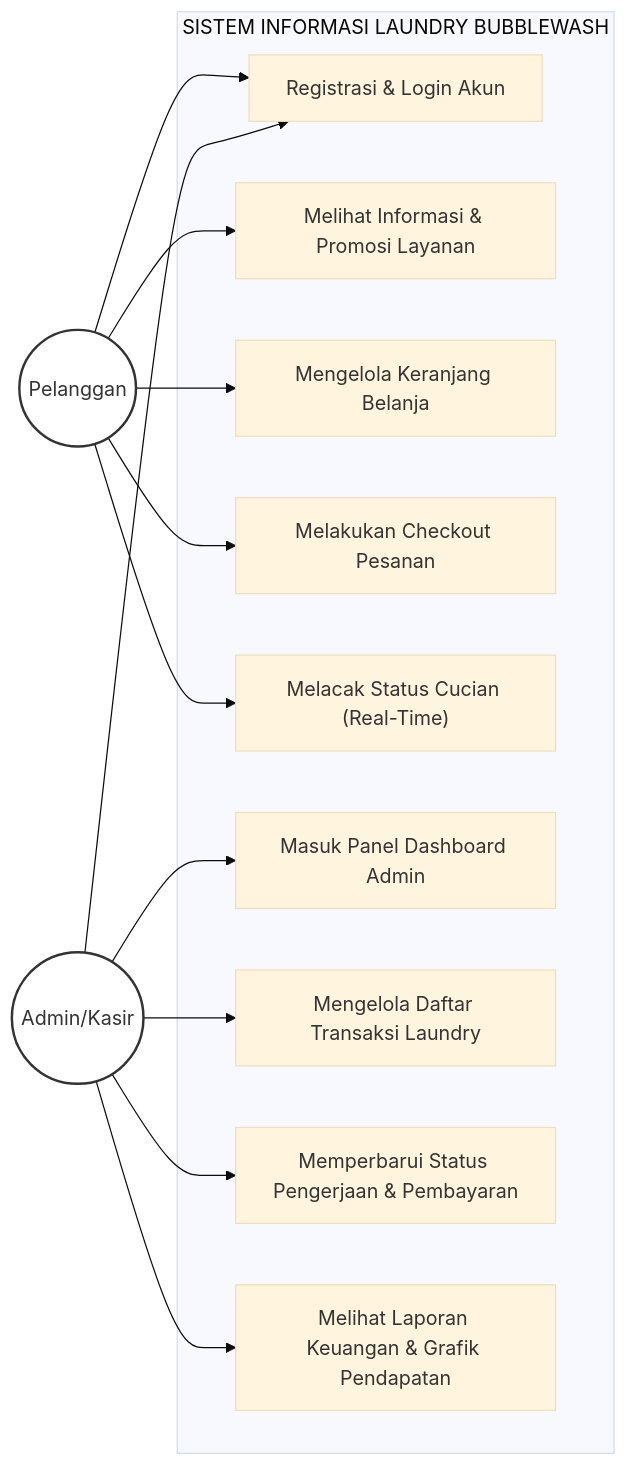
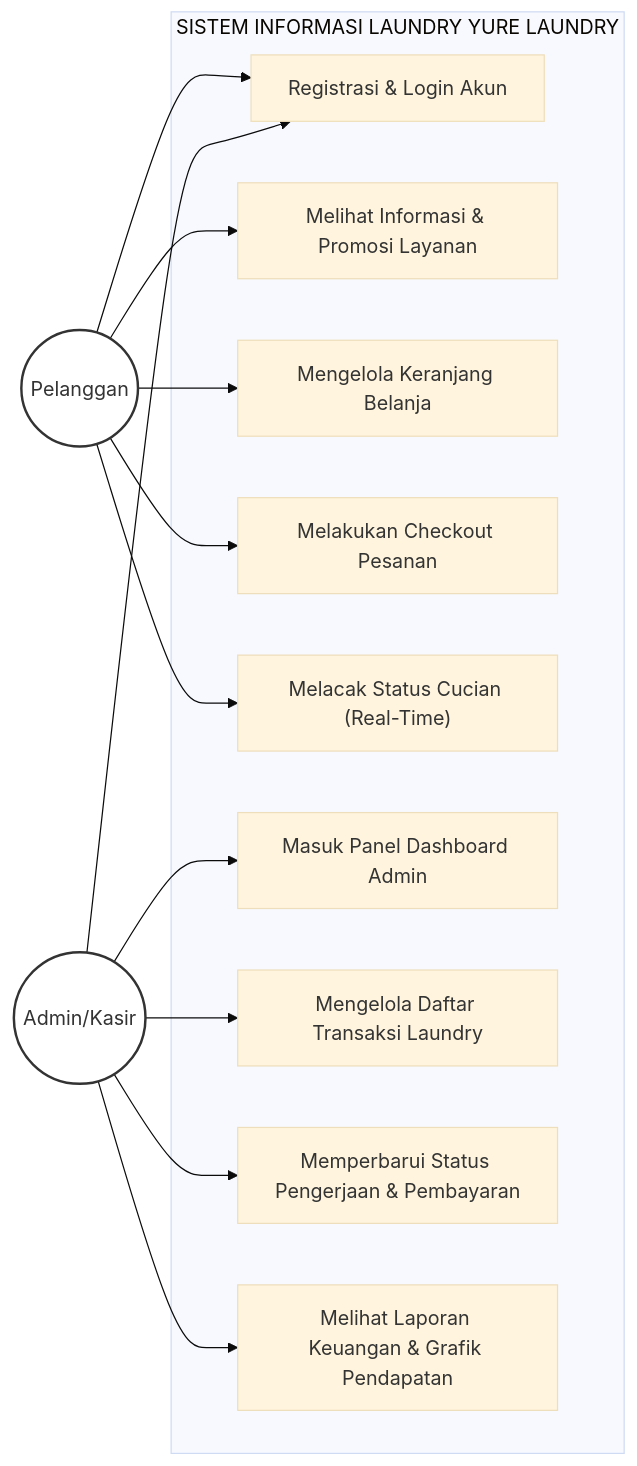
One commit to saktiagpe-bit/web_laundry-admin changed the third of 5 diagrams in docs/BAB2_Metode_dan_Perancangan.md. Above: the diagram before and after it, drawn with Mermaid (base theme). The commit also changed other lines of this file and 15 other files, not shown here.

````diff
--- a/docs/BAB2_Metode_dan_Perancangan.md
+++ b/docs/BAB2_Metode_dan_Perancangan.md
@@ -102,35 +102,35 @@
 ```mermaid
 graph LR
     %% Styling Actors
     classDef actorStyle fill:#fff,stroke:#333,stroke-width:2px;
     
     %% Actors
     Pelanggan((Pelanggan)):::actorStyle
     Admin((Admin/Kasir)):::actorStyle
 
-    subgraph BubbleWash ["SISTEM INFORMASI LAUNDRY BUBBLEWASH"]
+    subgraph YureLaundry ["SISTEM INFORMASI LAUNDRY YURE LAUNDRY"]
         U1["Registrasi & Login Akun"]
         U2["Melihat Informasi & Promosi Layanan"]
         U3["Mengelola Keranjang Belanja"]
         U4["Melakukan Checkout Pesanan"]
         U5["Melacak Status Cucian (Real-Time)"]
         U6["Masuk Panel Dashboard Admin"]
         U7["Mengelola Daftar Transaksi Laundry"]
         U8["Memperbarui Status Pengerjaan & Pembayaran"]
         U9["Melihat Laporan Keuangan & Grafik Pendapatan"]
     end
 
     %% Hubungan Aktor Pelanggan
     Pelanggan --> U1
     Pelanggan --> U2
     Pelanggan --> U3
     Pelanggan --> U4
     Pelanggan --> U5
 
     %% Hubungan Aktor Admin
     Admin --> U1
     Admin --> U6
     Admin --> U7
     Admin --> U8
     Admin --> U9
 ```
````
